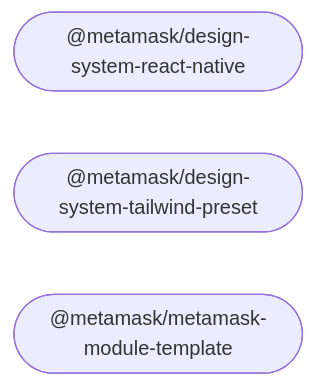
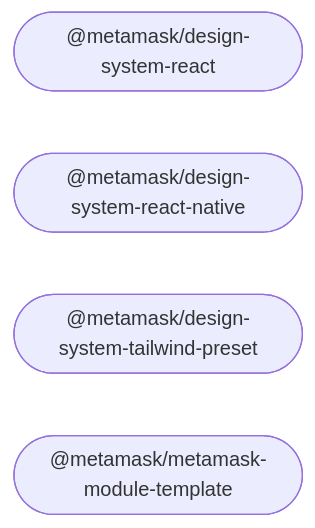
The diagram in README.md (georgewrmarshall/metamask-design-system), drawn with Mermaid before and after one commit. The commit also changed other lines of this file and 13 other files, not shown here.

First line of the commit message:
chore: adding initial design-system-react package (#69)

````diff
--- a/README.md
+++ b/README.md
@@ -21,8 +22,9 @@
 ```mermaid
 %%{ init: { 'flowchart': { 'curve': 'bumpX' } } }%%
 graph LR;
 linkStyle default opacity:0.5
+  design_system_react(["@metamask/design-system-react"]);
   design_system_react_native(["@metamask/design-system-react-native"]);
   design_system_tailwind_preset(["@metamask/design-system-tailwind-preset"]);
   metamask_module_template(["@metamask/metamask-module-template"]);
 ```
````
